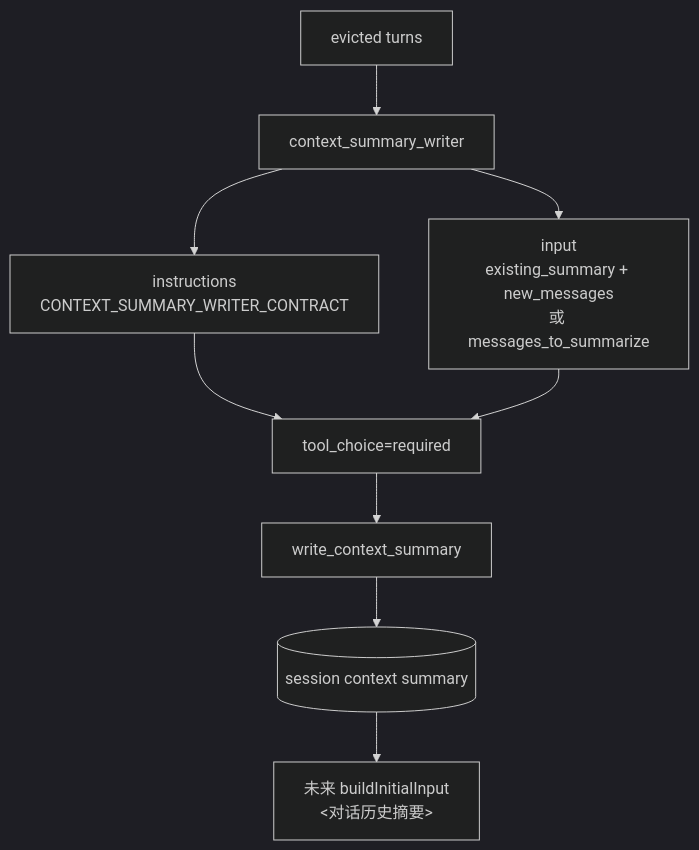
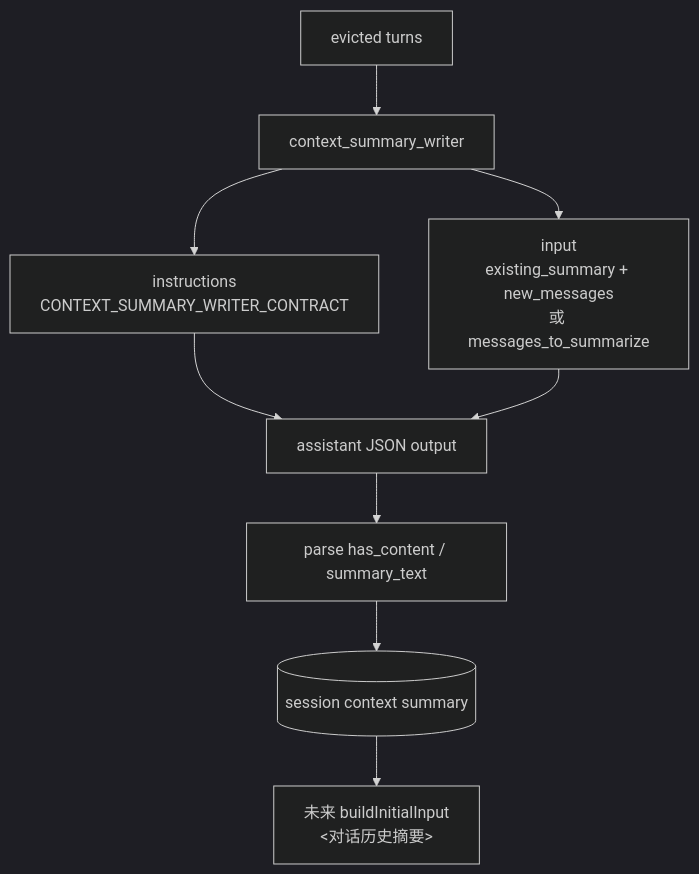
One commit to Hei-AI/xiaoni_cc changed the sixth of 8 diagrams in docs/XIAONI_SPEAKING_FLOW.md. Above: the diagram before and after it, drawn with Mermaid (dark theme). The commit also changed other lines of this file and 4 other files, not shown here.

````diff
--- a/docs/XIAONI_SPEAKING_FLOW.md
+++ b/docs/XIAONI_SPEAKING_FLOW.md
@@ -541,11 +541,11 @@
 ```mermaid
 flowchart TD
   A[evicted turns] --> B[context_summary_writer]
   B --> C[instructions<br/>CONTEXT_SUMMARY_WRITER_CONTRACT]
   B --> D[input<br/>existing_summary + new_messages<br/>或 messages_to_summarize]
-  C --> E[tool_choice=required]
+  C --> E[assistant JSON output]
   D --> E
-  E --> F[write_context_summary]
+  E --> F[parse has_content / summary_text]
   F --> G[(session context summary)]
   G --> H[未来 buildInitialInput<br/><对话历史摘要>]
 ```
````
